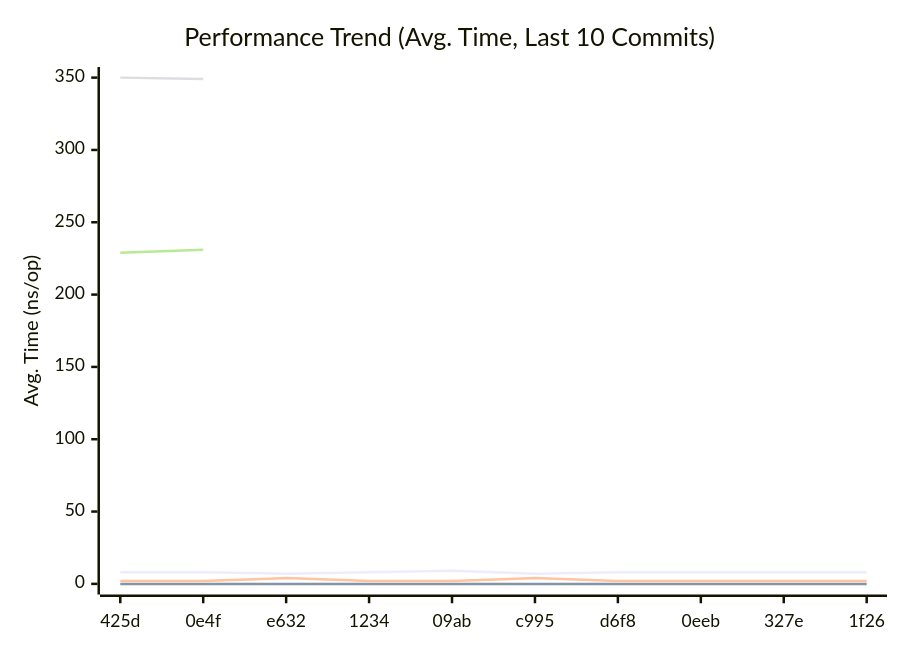
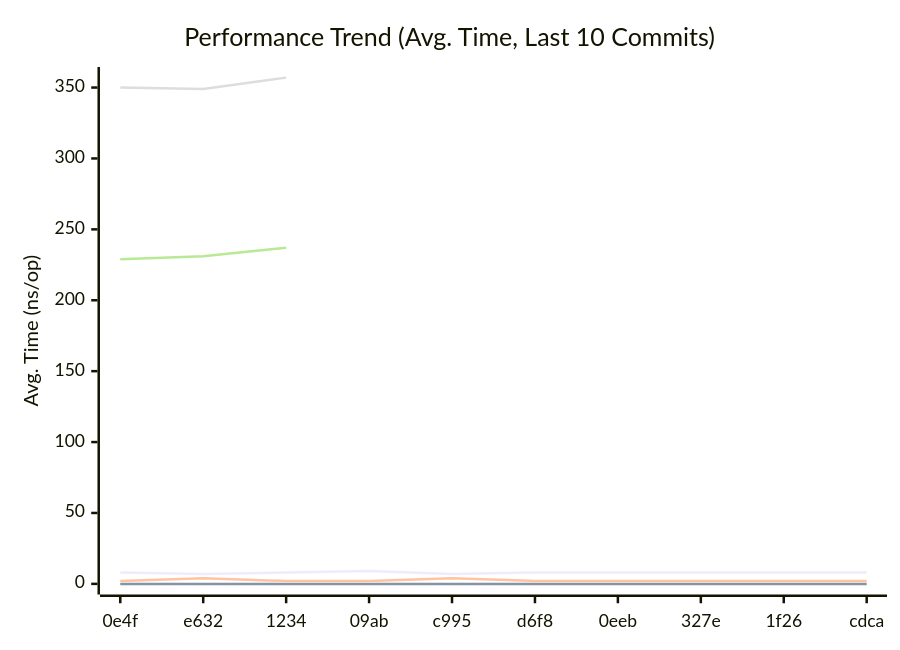
One commit to alsotoes/momo changed the first of 3 diagrams in doc/README.md. Above: the diagram before and after it, drawn with Mermaid. The commit also changed other lines of this file and 1 other file, not shown here.

````diff
--- a/doc/README.md
+++ b/doc/README.md
@@ -296,12 +296,12 @@
 ```mermaid
 xychart-beta
     title "Performance Trend (Avg. Time, Last 10 Commits)"
     x-axis "Commit"
     y-axis "Avg. Time (ns/op)"
-    x-axis [425d,0e4f,e632,1234,09ab,c995,d6f8,0eeb,327e,1f26]
-    line "CheckMetricsAndSwap" [8,8,7,8,9,7,8,8,8,8]
+    x-axis [0e4f,e632,1234,09ab,c995,d6f8,0eeb,327e,1f26,cdca]
+    line "CheckMetricsAndSwap" [8,7,8,9,7,8,8,8,8,8]
     line "IndexDirectTracking" [0,0,0,0,0,0,0,0,0,0]
-    line "IndexSearch" [2,2,4,2,2,4,2,2,2,2]
-    line "ParseReplicationOrder_NoPrealloc" [350,349]
-    line "ParseReplicationOrder_Prealloc" [229,231]
+    line "IndexSearch" [2,4,2,2,4,2,2,2,2,2]
+    line "ParseReplicationOrder_NoPrealloc" [350,349,357]
+    line "ParseReplicationOrder_Prealloc" [229,231,237]
 ```
````
